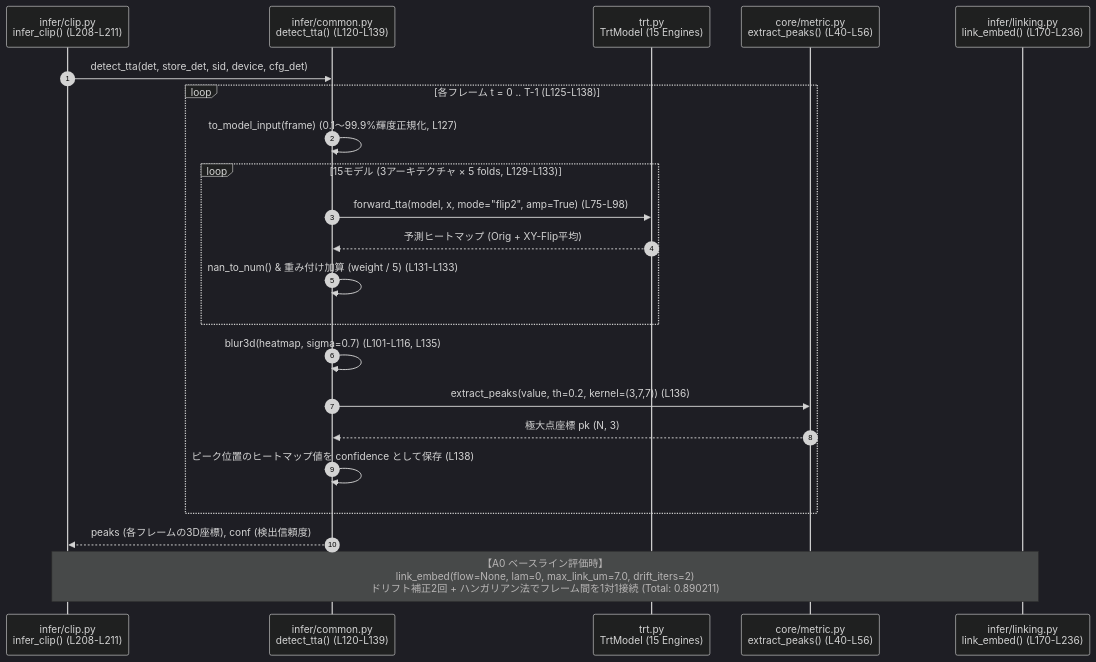
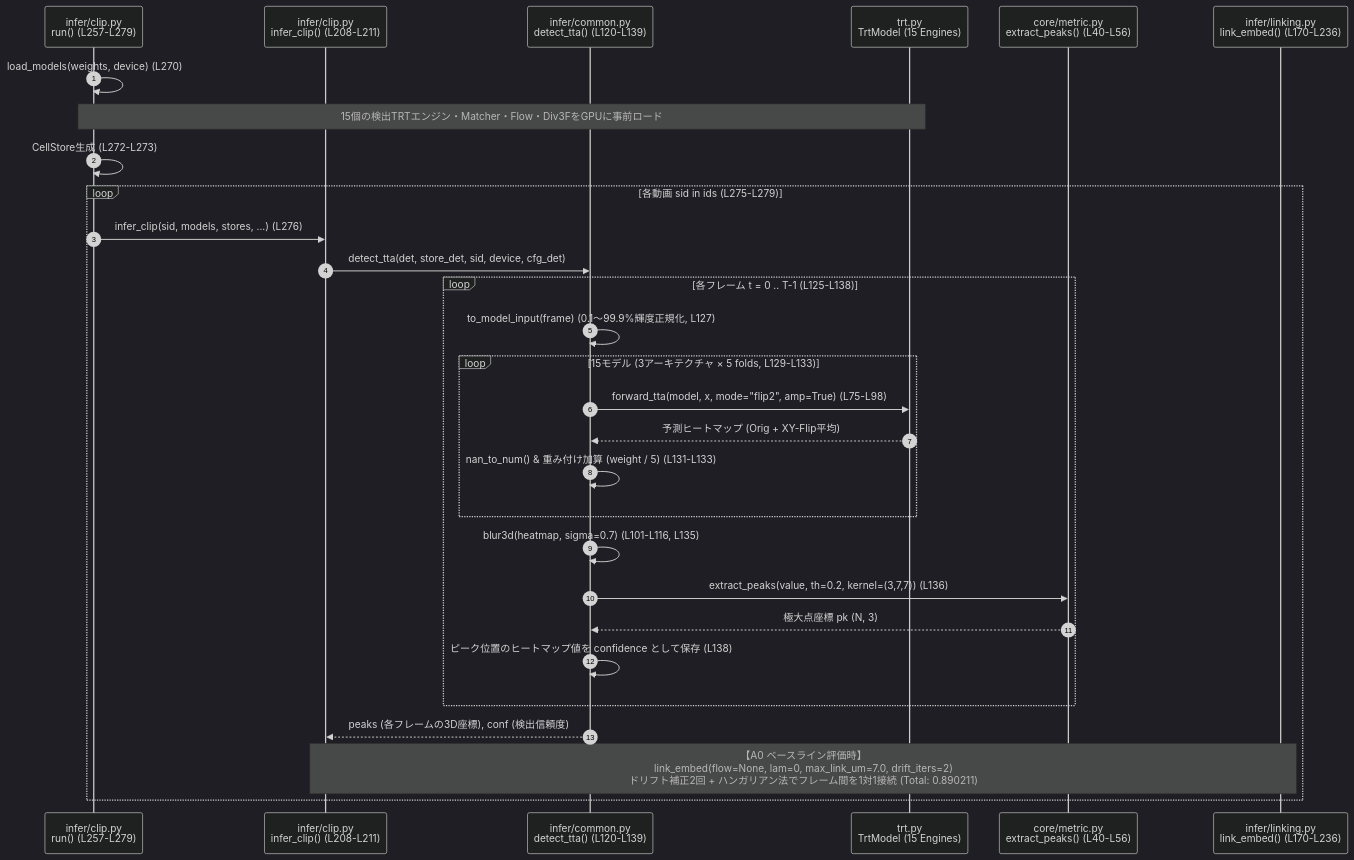
One commit to kito2718/kgle_001_BCT_Episode changed the third of 8 diagrams in episode/Summary&Conclusion/3rd-place-summary.md. Above: the diagram before and after it, drawn with Mermaid (dark theme). The commit also changed other lines of this file, not shown here.

Commit message:
「Stage 0. Mainシーケンス(サブプロセス呼び出し)」修正完了

````diff
--- a/episode/Summary&Conclusion/3rd-place-summary.md
+++ b/episode/Summary&Conclusion/3rd-place-summary.md
@@ -202,25 +205,32 @@
 ```mermaid
 sequenceDiagram
     autonumber
+    participant Run as infer/clip.py<br/>run() (L257-L279)
     participant Clip as infer/clip.py<br/>infer_clip() (L208-L211)
     participant Common as infer/common.py<br/>detect_tta() (L120-L139)
     participant TRT as trt.py<br/>TrtModel (15 Engines)
     participant Metric as core/metric.py<br/>extract_peaks() (L40-L56)
     participant Link_ as infer/linking.py<br/>link_embed() (L170-L236)
 
-    Clip->>Common: detect_tta(det, store_det, sid, device, cfg_det)
-    loop 各フレーム t = 0 .. T-1 (L125-L138)
-        Common->>Common: to_model_input(frame) (0.1〜99.9%輝度正規化, L127)
-        loop 15モデル (3アーキテクチャ × 5 folds, L129-L133)
-            Common->>TRT: forward_tta(model, x, mode="flip2", amp=True) (L75-L98)
-            TRT-->>Common: 予測ヒートマップ (Orig + XY-Flip平均)
-            Common->>Common: nan_to_num() & 重み付け加算 (weight / 5) (L131-L133)
+    Run->>Run: load_models(weights, device) (L270)
+    Note over Run,TRT: 15個の検出TRTエンジン・Matcher・Flow・Div3FをGPUに事前ロード
+    Run->>Run: CellStore生成 (L272-L273)
+    loop 各動画 sid in ids (L275-L279)
+        Run->>Clip: infer_clip(sid, models, stores, ...) (L276)
+        Clip->>Common: detect_tta(det, store_det, sid, device, cfg_det)
+        loop 各フレーム t = 0 .. T-1 (L125-L138)
+            Common->>Common: to_model_input(frame) (0.1〜99.9%輝度正規化, L127)
+            loop 15モデル (3アーキテクチャ × 5 folds, L129-L133)
+                Common->>TRT: forward_tta(model, x, mode="flip2", amp=True) (L75-L98)
+                TRT-->>Common: 予測ヒートマップ (Orig + XY-Flip平均)
+                Common->>Common: nan_to_num() & 重み付け加算 (weight / 5) (L131-L133)
+            end
+            Common->>Common: blur3d(heatmap, sigma=0.7) (L101-L116, L135)
+            Common->>Metric: extract_peaks(value, th=0.2, kernel=(3,7,7)) (L136)
+            Metric-->>Common: 極大点座標 pk (N, 3)
+            Common->>Common: ピーク位置のヒートマップ値を confidence として保存 (L138)
         end
-        Common->>Common: blur3d(heatmap, sigma=0.7) (L101-L116, L135)
-        Common->>Metric: extract_peaks(value, th=0.2, kernel=(3,7,7)) (L136)
-        Metric-->>Common: 極大点座標 pk (N, 3)
-        Common->>Common: ピーク位置のヒートマップ値を confidence として保存 (L138)
+        Common-->>Clip: peaks (各フレームの3D座標), conf (検出信頼度)
+        Note over Clip,Link_: 【A0 ベースライン評価時】<br/>link_embed(flow=None, lam=0, max_link_um=7.0, drift_iters=2)<br/>ドリフト補正2回 + ハンガリアン法でフレーム間を1対1接続 (Total: 0.890211)
     end
-    Common-->>Clip: peaks (各フレームの3D座標), conf (検出信頼度)
-    Note over Clip,Link_: 【A0 ベースライン評価時】<br/>link_embed(flow=None, lam=0, max_link_um=7.0, drift_iters=2)<br/>ドリフト補正2回 + ハンガリアン法でフレーム間を1対1接続 (Total: 0.890211)
 ```
````
